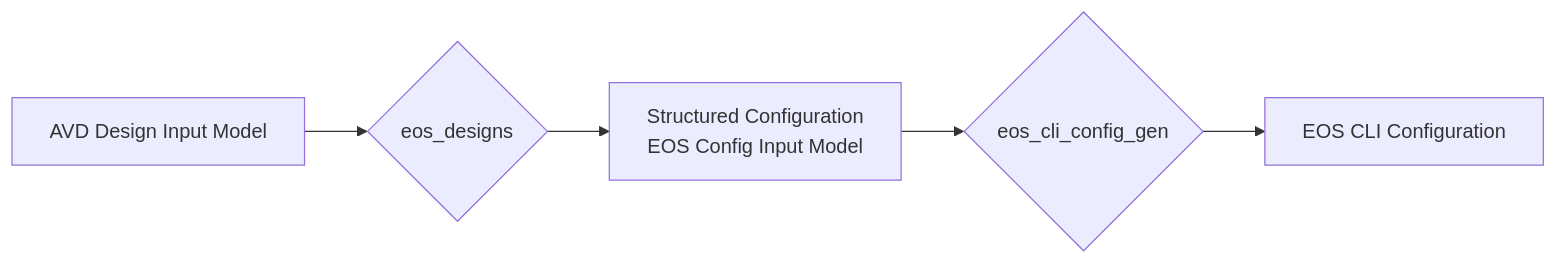
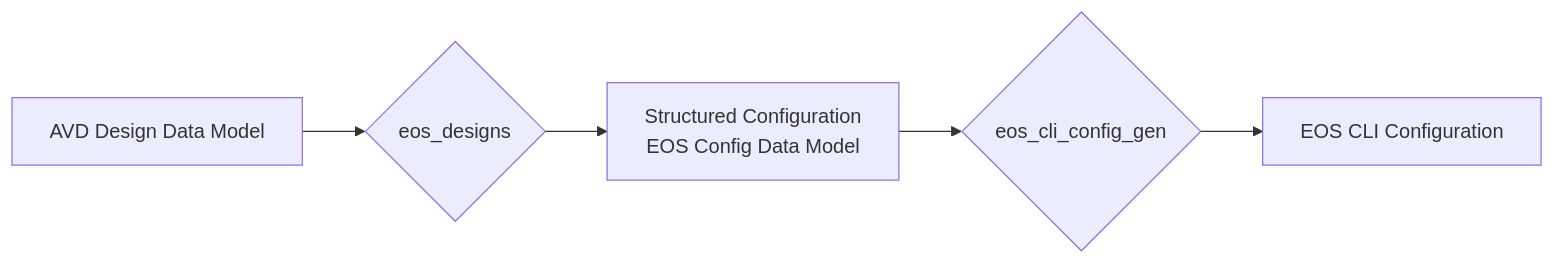
Before and after one commit to aristanetworks/avd: the third of 8 diagrams in docs/getting-started/avd-usage-patterns.md, drawn with Mermaid. The commit also changed other lines of this file, not shown here.

Commit message:
move from input model to data model

````diff
--- a/docs/getting-started/avd-usage-patterns.md
+++ b/docs/getting-started/avd-usage-patterns.md
@@ -76,7 +76,7 @@
 ```mermaid
 graph LR
-    A[AVD Design Input Model] --> B{eos_designs}
-    B --> C[Structured Configuration<br/>EOS Config Input Model]
+    A[AVD Design Data Model] --> B{eos_designs}
+    B --> C[Structured Configuration<br/>EOS Config Data Model]
     C --> D{eos_cli_config_gen}
     D --> E[EOS CLI Configuration]
 ```
````
